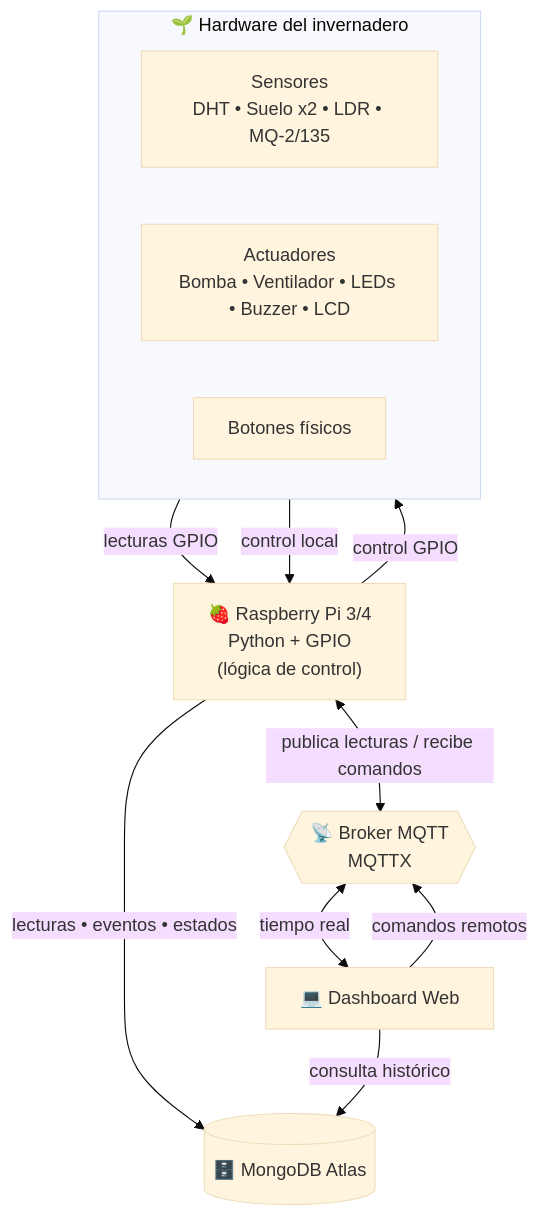
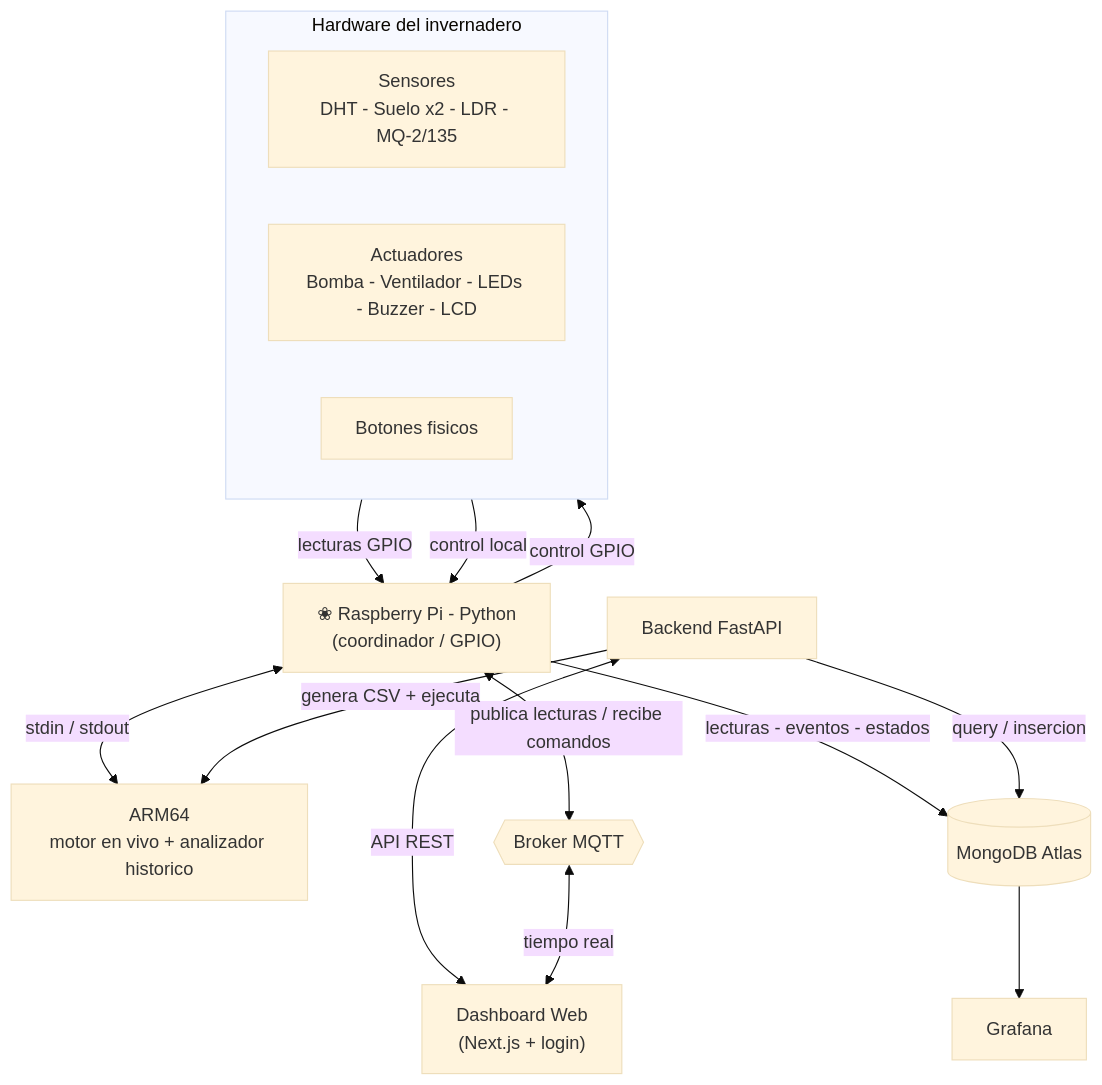
Before and after one commit to ricardious/ARQUI1V1S_G15: the first of 4 diagrams in Proyecto 2/README.md, drawn with Mermaid (base theme). The commit also changed other lines of this file and 4 other files, not shown here.

````diff
--- a/Proyecto 2/README.md
+++ b/Proyecto 2/README.md
@@ -55,25 +67,31 @@
 ```mermaid
 flowchart TB
-    subgraph HW["🌱 Hardware del invernadero"]
+    subgraph HW["Hardware del invernadero"]
         direction LR
-        SENS["Sensores<br/>DHT • Suelo x2 • LDR • MQ-2/135"]
-        ACT["Actuadores<br/>Bomba • Ventilador • LEDs • Buzzer • LCD"]
-        BTN["Botones físicos"]
+        SENS["Sensores<br/>DHT - Suelo x2 - LDR - MQ-2/135"]
+        ACT["Actuadores<br/>Bomba - Ventilador - LEDs - Buzzer - LCD"]
+        BTN["Botones fisicos"]
     end
 
-    RPI["🍓 Raspberry Pi 3/4<br/>Python + GPIO<br/>(lógica de control)"]
+    RPI["❀ Raspberry Pi - Python<br/>(coordinador / GPIO)"]
+    ARM["ARM64<br/>motor en vivo + analizador historico"]
 
     SENS -->|lecturas GPIO| RPI
     RPI -->|control GPIO| ACT
     BTN -->|control local| RPI
+    RPI <-->|stdin / stdout| ARM
 
-    BROKER{{"📡 Broker MQTT<br/>MQTTX"}}
-    DB[("🗄️ MongoDB Atlas")]
-    DASH["💻 Dashboard Web"]
+    BROKER{{"Broker MQTT"}}
+    BE["Backend FastAPI"]
+    DB[("MongoDB Atlas")]
+    DASH["Dashboard Web<br/>(Next.js + login)"]
+    GRAF["Grafana"]
 
     RPI <-->|publica lecturas / recibe comandos| BROKER
-    RPI -->|lecturas • eventos • estados| DB
+    RPI -->|lecturas - eventos - estados| DB
+    BE <-->|API REST| DASH
+    BE -->|query / insercion| DB
+    BE -->|genera CSV + ejecuta| ARM
     BROKER <-->|tiempo real| DASH
-    DASH -->|consulta histórico| DB
-    DASH -->|comandos remotos| BROKER
+    DB --> GRAF
 ```
````
